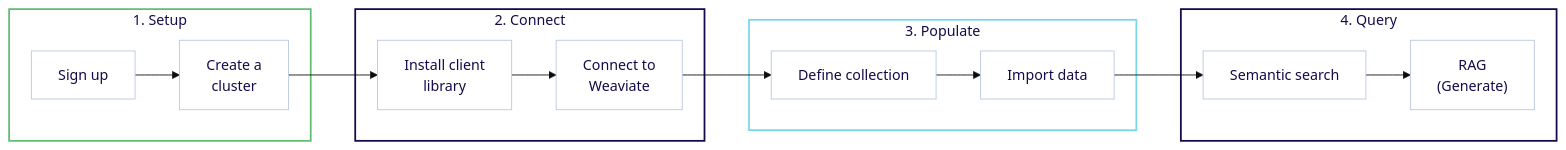
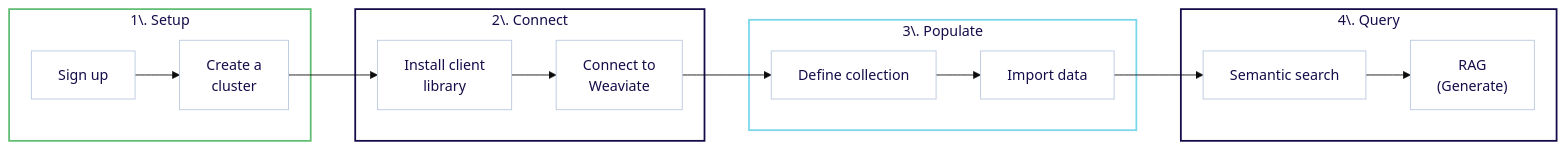
The first of 3 diagrams in docs/cloud/quickstart.mdx (weaviate/docs), drawn with Mermaid (base theme) before and after one commit. The commit also changed 9 other files, not shown here.

````diff
--- a/docs/cloud/quickstart.mdx
+++ b/docs/cloud/quickstart.mdx
@@ -23,48 +23,48 @@
 ```mermaid
 flowchart LR
     %% Define nodes with white backgrounds and darker borders
     A1["Sign up"] --> A2["Create a\ncluster"]
     A2 --> B1["Install client\nlibrary"]
     B1 --> B2["Connect to\nWeaviate"]
     B2 --> C1["Define collection"]
     C1 --> C2["Import data"]
     C2 --> D1["Semantic search"]
     D1 --> D2["RAG\n(Generate)"]
 
     %% Group nodes in subgraphs with brand colors
-    subgraph sg1 ["1. Setup"]
+    subgraph sg1 ["1\. Setup"]
         A1
         A2
     end
 
-    subgraph sg2 ["2. Connect"]
+    subgraph sg2 ["2\. Connect"]
         B1
         B2
     end
 
-    subgraph sg3 ["3. Populate"]
+    subgraph sg3 ["3\. Populate"]
         C1
         C2
     end
 
-    subgraph sg4 ["4. Query"]
+    subgraph sg4 ["4\. Query"]
         D1
         D2
     end
 
     %% Style nodes with white background and darker borders
     style A1 fill:#ffffff,stroke:#B9C8DF,color:#130C49
     style A2 fill:#ffffff,stroke:#B9C8DF,color:#130C49
     style B1 fill:#ffffff,stroke:#B9C8DF,color:#130C49
     style B2 fill:#ffffff,stroke:#B9C8DF,color:#130C49
     style C1 fill:#ffffff,stroke:#B9C8DF,color:#130C49
     style C2 fill:#ffffff,stroke:#B9C8DF,color:#130C49
     style D1 fill:#ffffff,stroke:#B9C8DF,color:#130C49
     style D2 fill:#ffffff,stroke:#B9C8DF,color:#130C49
 
     %% Style subgraphs with brand colors
     style sg1 fill:#ffffff,stroke:#61BD73,stroke-width:2px,color:#130C49
     style sg2 fill:#ffffff,stroke:#130C49,stroke-width:2px,color:#130C49
     style sg3 fill:#ffffff,stroke:#7AD6EB,stroke-width:2px,color:#130C49
     style sg4 fill:#ffffff,stroke:#130C49,stroke-width:2px,color:#130C49
 ```
````
